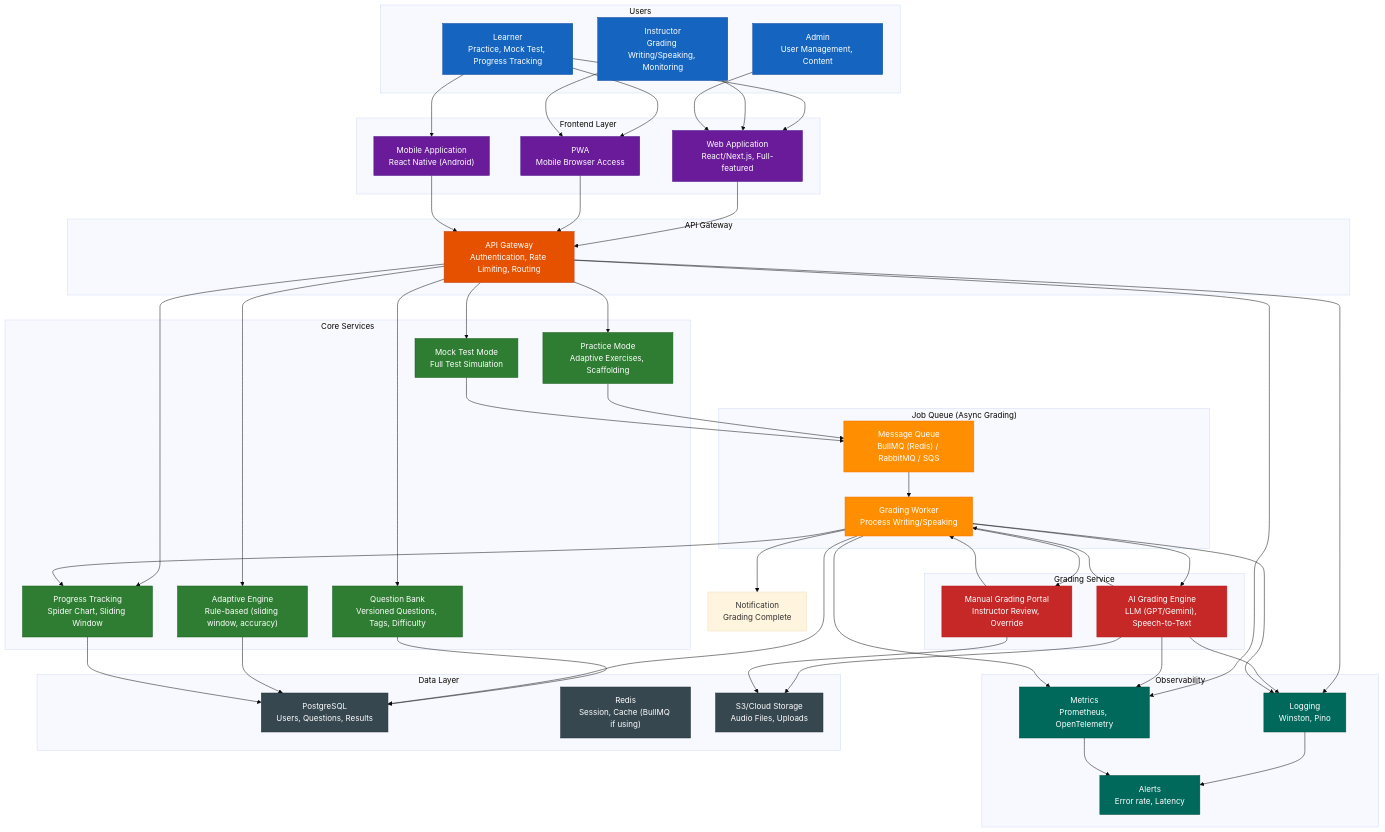
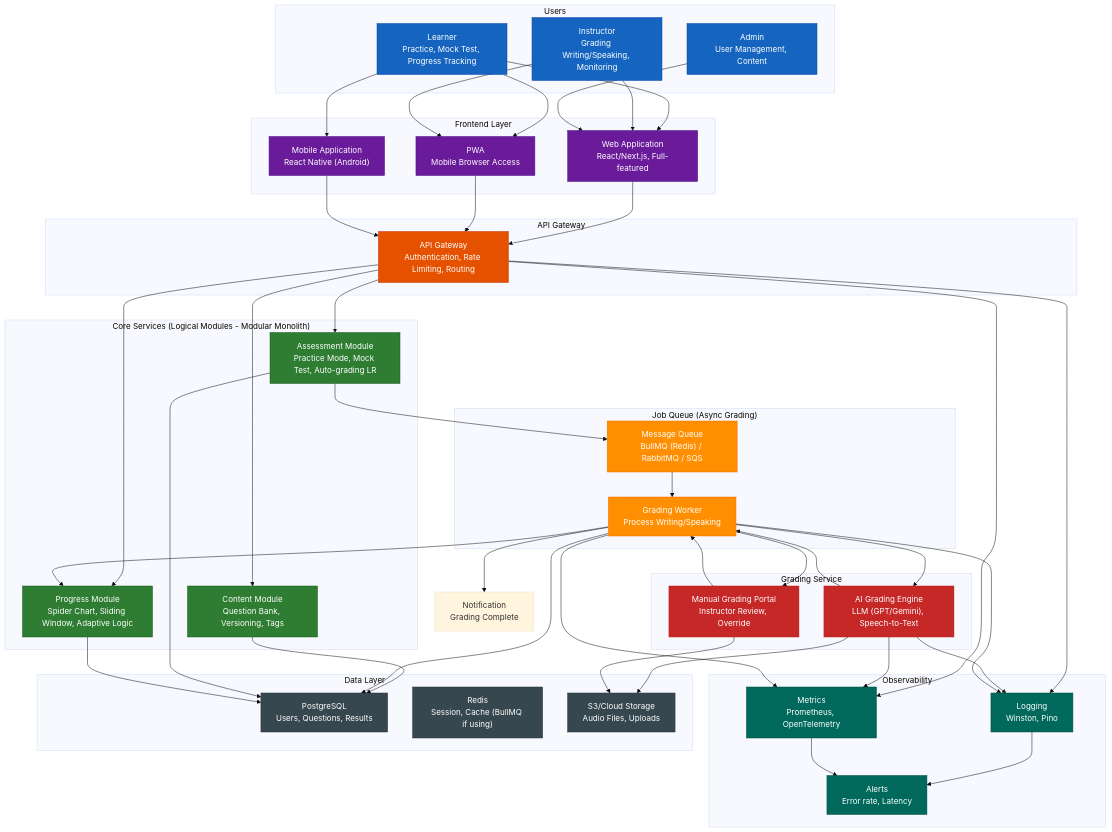
The first of 8 diagrams in docs/capstone/diagrams/flow-diagrams.vi.md (nghyane/VSTEP), drawn with Mermaid (base theme) before and after one commit. The commit also changed other lines of this file, not shown here.

Commit message:
docs: group services into modular monolith for MVP
- Core Services: 5 services → 3 logical modules (Assessment, Progress, Content)
- Update all connections to use AM, PG, QB
- Add note: logical modules, not separate deployables in MVP
- Extend Queue/Observability note to include Grading Service

```diff
--- a/docs/capstone/diagrams/flow-diagrams.vi.md
+++ b/docs/capstone/diagrams/flow-diagrams.vi.md
@@ -20,12 +20,10 @@
         G["API Gateway<br/>Authentication, Rate Limiting, Routing"]
     end
 
-    subgraph Core ["Core Services"]
-        PM["Practice Mode<br/>Adaptive Exercises, Scaffolding"]
-        MM["Mock Test Mode<br/>Full Test Simulation"]
-        AE["Adaptive Engine<br/>Rule-based (sliding window, accuracy)"]
-        PT["Progress Tracking<br/>Spider Chart, Sliding Window"]
-        QB["Question Bank<br/>Versioned Questions, Tags, Difficulty"]
+    subgraph Core ["Core Services (Logical Modules - Modular Monolith)"]
+        AM["Assessment Module<br/>Practice Mode, Mock Test, Auto-grading LR"]
+        PG["Progress Module<br/>Spider Chart, Sliding Window, Adaptive Logic"]
+        QB["Content Module<br/>Question Bank, Versioning, Tags"]
     end
 
     subgraph Queue ["Job Queue (Async Grading)"]
@@ -62,7 +60,7 @@
     class L,I,A users
     class W,P,M frontend
     class G gateway
-    class PM,MM,AE,PT,QB core
+    class AM,PG,QB core
     class MQ,Worker queue
     class AI,HG grading
     class Logs,Metrics,Alerts observability
@@ -77,14 +75,11 @@
     W --> G
     P --> G
     M --> G
-    G --> PM
-    G --> MM
-    G --> AE
-    G --> PT
+    G --> AM
+    G --> PG
     G --> QB
     QB --> DB
-    PM --> MQ
-    MM --> MQ
+    AM --> MQ
     MQ --> Worker
     Worker --> AI
     Worker --> HG
@@ -92,9 +87,9 @@
     HG --> Worker
     Worker --> DB
     Worker --> Notification["Notification<br/>Grading Complete"]
-    Worker --> PT
-    AE --> DB
-    PT --> DB
+    Worker --> PG
+    AM --> DB
+    PG --> DB
     AI --> F
     HG --> F
     G --> Logs
```
